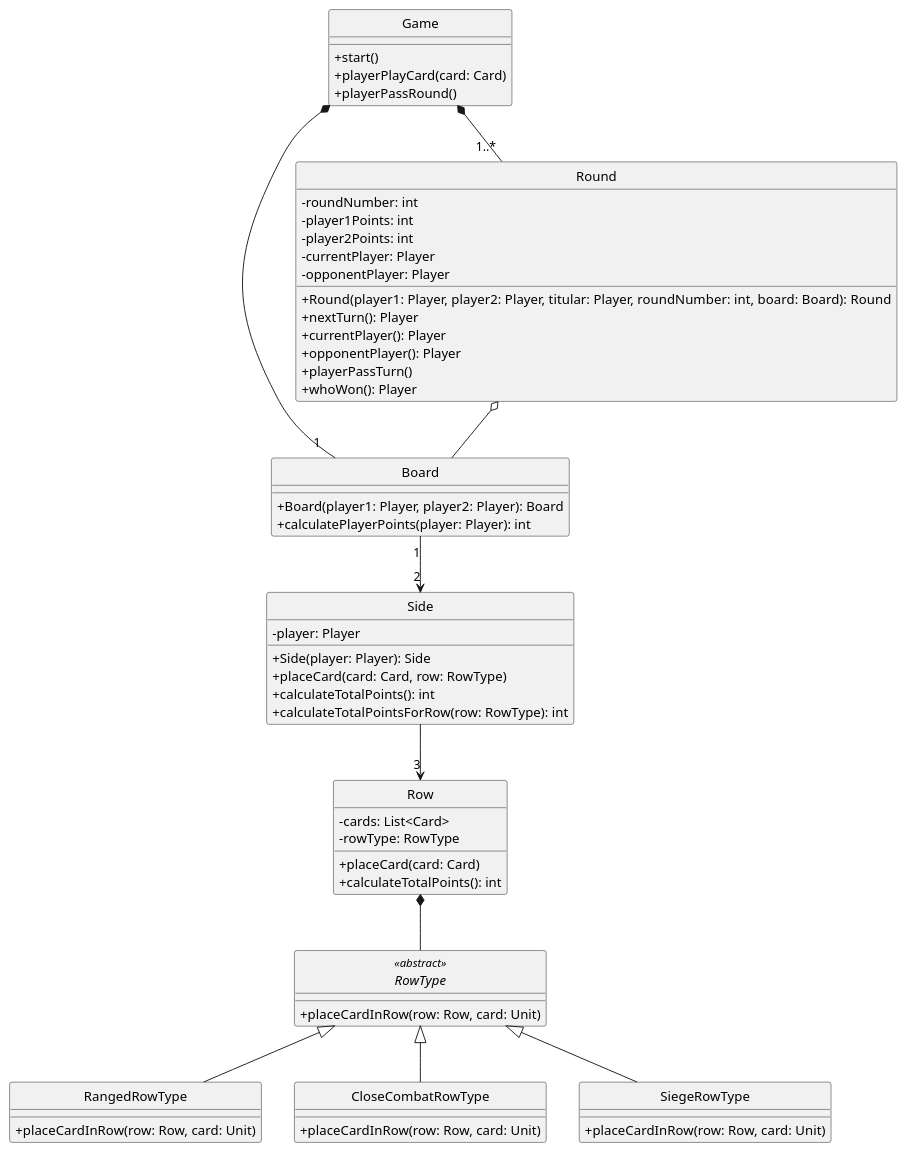
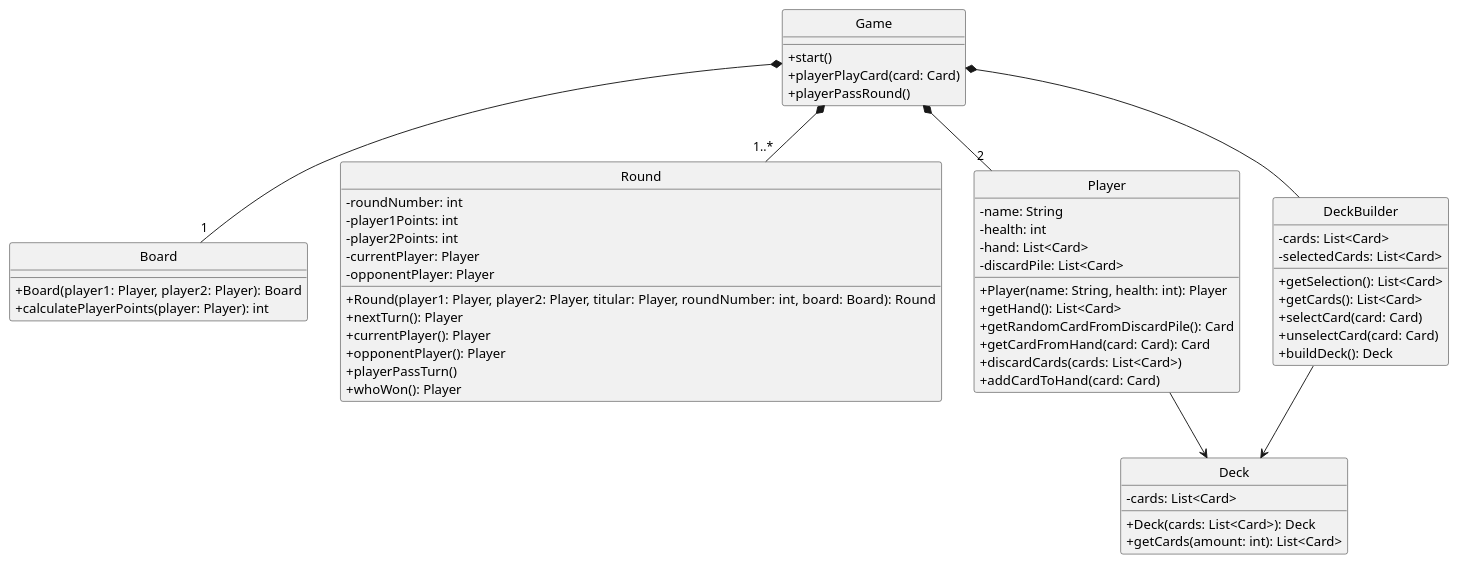
The diagram in diagrams/classes/game.plantuml (Yonhir/algo3_proyecto_base_tp2), drawn with PlantUML before and after one commit. The commit also changed 1 other file, not shown here.

Commit message:
Modificamos parte del modelado añadiendo un builder y partimos el diagrama general en 3.

```diff
--- a/diagrams/classes/game.plantuml
+++ b/diagrams/classes/game.plantuml
@@ -1,85 +1,82 @@
 @startuml
 
 skinparam monochrome true
 hide circle
 skinparam classAttributeIconSize 0
 ' =====================
 ' DECK & PLAYER
 ' =====================
 
 ' =====================
 ' GAME & BOARD
 ' =====================
 class Game {
   +start()
   +playerPlayCard(card: Card)
   +playerPassRound()
 }
 
 class Board {
   +Board(player1: Player, player2: Player): Board
   +calculatePlayerPoints(player: Player): int
 }
 
-class Side {
-  -player: Player
-  +Side(player: Player): Side
-  +placeCard(card: Card, row: RowType)
-  +calculateTotalPoints(): int
-  +calculateTotalPointsForRow(row: RowType): int
-}
 
 class Round {
   -roundNumber: int
   -player1Points: int
   -player2Points: int
   -currentPlayer: Player
   -opponentPlayer: Player
   +Round(player1: Player, player2: Player, titular: Player, roundNumber: int, board: Board): Round
   +nextTurn(): Player
   +currentPlayer(): Player
   +opponentPlayer(): Player
   +playerPassTurn()
   +whoWon(): Player
 }
 
-class Row {
-  -cards: List<Card>
-  -rowType: RowType
-  +placeCard(card: Card)
-  +calculateTotalPoints(): int
+class Player {
+  -name: String
+  -health: int
+  -hand: List<Card>
+  -discardPile: List<Card>
+  +Player(name: String, health: int): Player
+  +getHand(): List<Card>
+  +getRandomCardFromDiscardPile(): Card
+  +getCardFromHand(card: Card): Card
+  +discardCards(cards: List<Card>)
+  +addCardToHand(card: Card)
 }
 
-abstract class RowType <<abstract>> {
-  +placeCardInRow(row: Row, card: Unit)
+class Deck {
+  -cards: List<Card>
+  +Deck(cards: List<Card>): Deck
+  +getCards(amount: int): List<Card>
 }
 
-class RangedRowType extends RowType {
-  +placeCardInRow(row: Row, card: Unit)
-}
-
-class CloseCombatRowType extends RowType {
-  +placeCardInRow(row: Row, card: Unit)
-}
-
-class SiegeRowType extends RowType {
-  +placeCardInRow(row: Row, card: Unit)
+class DeckBuilder {
+  -cards: List<Card>
+  -selectedCards: List<Card>
+  +getSelection(): List<Card>
+  +getCards(): List<Card>
+  +selectCard(card: Card)
+  +unselectCard(card: Card)
+  +buildDeck(): Deck
 }
 ' =====================
 ' RELATIONSHIPS
 ' =====================
 
 Game *-- "1..*" Round
 Game *-- "1" Board
-
-Round o-- Board
-
-Side --> "3" Row
-
-Row *-- RowType
+Game *-- "2" Player
+Game *-- DeckBuilder
+DeckBuilder --> Deck
+Player --> Deck
 
 
-Board "1" --> "2" Side
+
 
 
 @enduml
```
